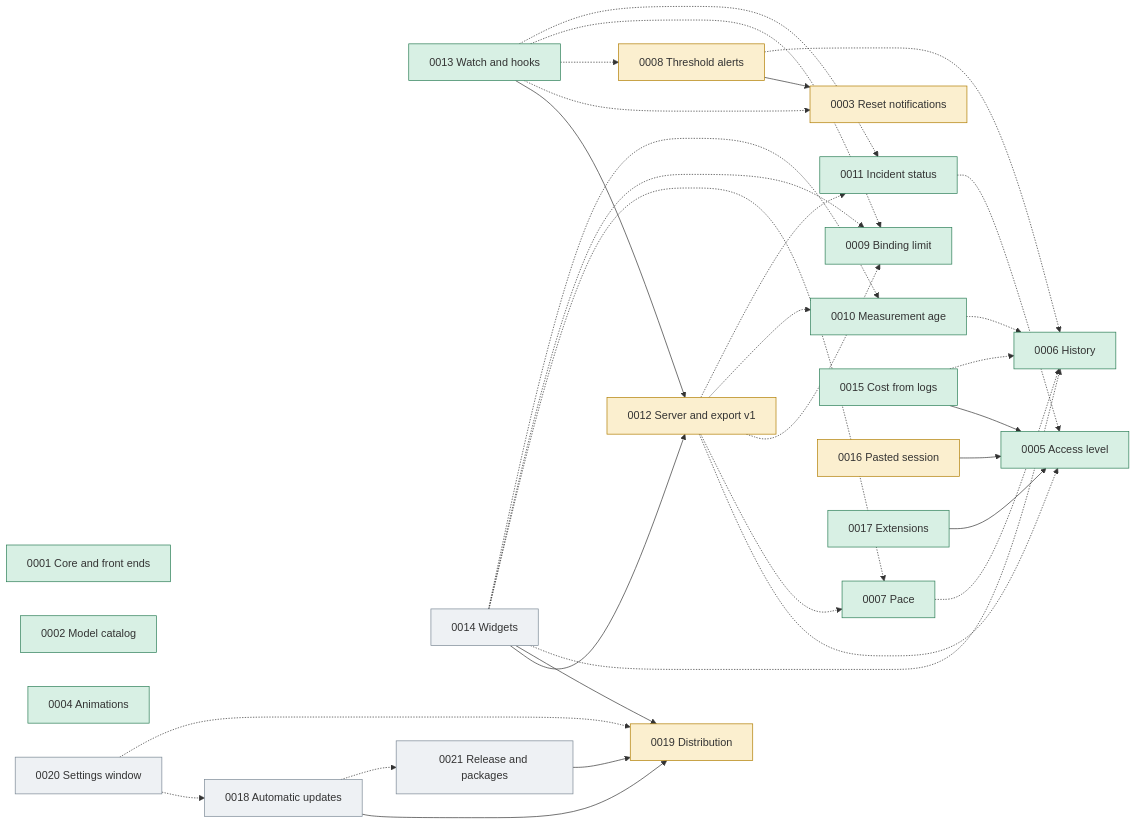
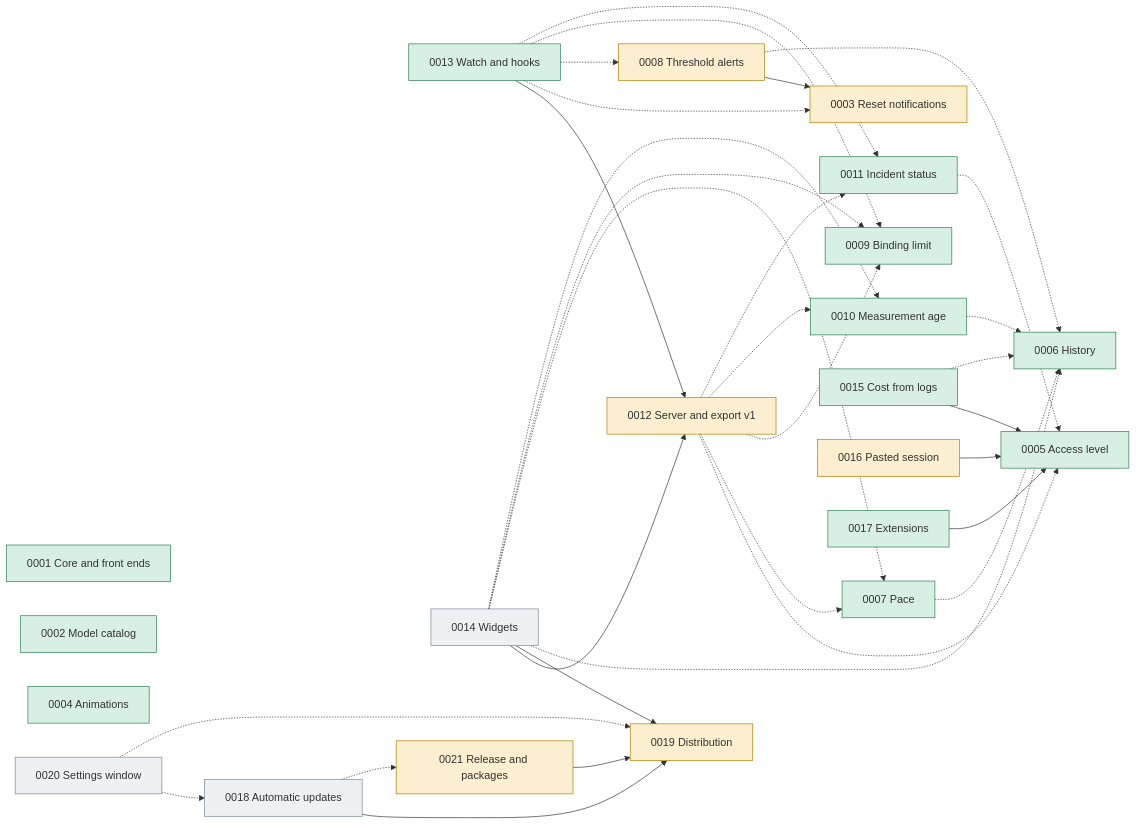
One commit to jmarcon/cuotai changed the diagram in docs/plans/0000_control.md. Above: the diagram before and after it, drawn with Mermaid. The commit also changed other lines of this file and 42 other files, not shown here.

````diff
--- a/docs/plans/0000_control.md
+++ b/docs/plans/0000_control.md
@@ -122,60 +123,60 @@
 ```mermaid
 graph LR
   classDef done fill:#d8f0e4,stroke:#2a7d55
   classDef wip fill:#fbefcf,stroke:#b07d00
   classDef todo fill:#eef1f4,stroke:#7a8794
 
   P1["0001 Core and front ends"]:::done
   P2["0002 Model catalog"]:::done
   P3["0003 Reset notifications"]:::wip
   P4["0004 Animations"]:::done
   P5["0005 Access level"]:::done
   P6["0006 History"]:::done
   P7["0007 Pace"]:::done
   P8["0008 Threshold alerts"]:::wip
   P9["0009 Binding limit"]:::done
   P10["0010 Measurement age"]:::done
   P11["0011 Incident status"]:::done
   P12["0012 Server and export v1"]:::wip
   P13["0013 Watch and hooks"]:::done
   P14["0014 Widgets"]:::todo
   P15["0015 Cost from logs"]:::done
   P16["0016 Pasted session"]:::wip
   P17["0017 Extensions"]:::done
   P18["0018 Automatic updates"]:::todo
   P19["0019 Distribution"]:::wip
   P20["0020 Settings window"]:::todo
-  P21["0021 Release and packages"]:::todo
+  P21["0021 Release and packages"]:::wip
 
   P8 --> P3
   P13 --> P12
   P14 --> P12
   P14 --> P19
   P15 --> P5
   P16 --> P5
   P17 --> P5
   P18 --> P19
 
   P7 -.-> P6
   P8 -.-> P6
   P10 -.-> P6
   P11 -.-> P5
   P15 -.-> P6
   P12 -.-> P5
   P12 -.-> P7
   P12 -.-> P9
   P12 -.-> P10
   P12 -.-> P11
   P13 -.-> P3
   P13 -.-> P8
   P13 -.-> P9
   P13 -.-> P11
   P14 -.-> P6
   P14 -.-> P7
   P14 -.-> P9
   P14 -.-> P10
   P20 -.-> P18
   P20 -.-> P19
   P21 --> P19
   P18 -.-> P21
 ```
````
